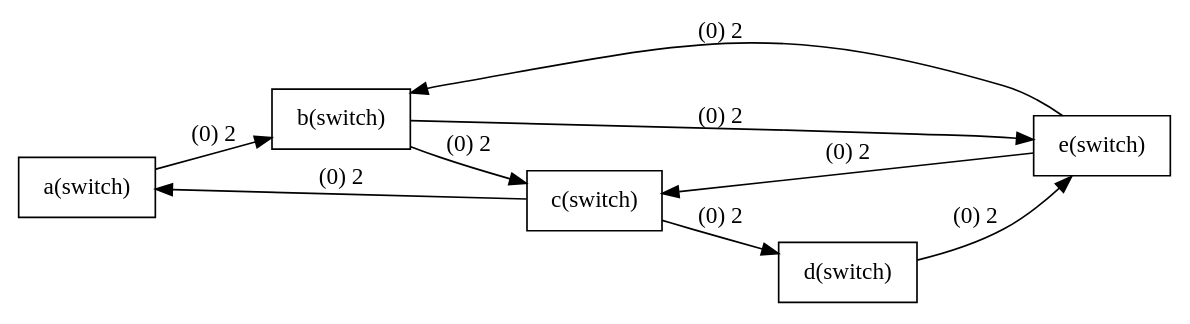
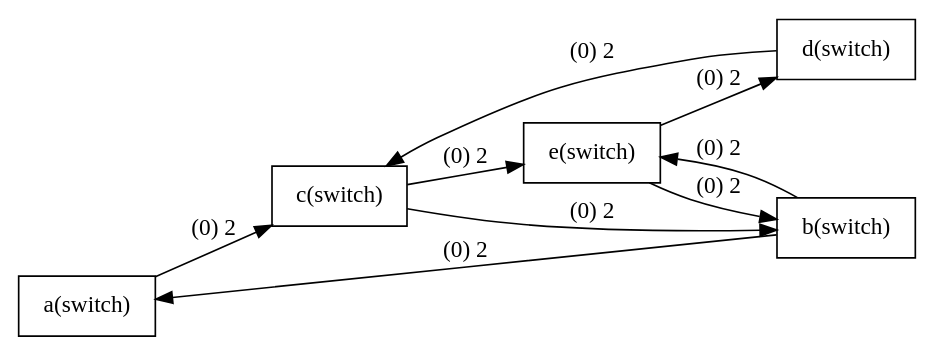
One commit to nskysd/2019-spring-gt changed the diagram in Euler_Path.dot. Above: the diagram before and after it, drawn with Graphviz.

```diff
--- a/Euler_Path.dot
+++ b/Euler_Path.dot
@@ -1,30 +1,30 @@
 digraph G{
 rankdir=LR;
 node [shape=record];
 
 a [label="a(switch)"];
-b [label="b(switch)"];
-a->b[label="(0) 2"];
-b [label="b(switch)"];
 c [label="c(switch)"];
-b->c[label="(0) 2"];
+a->c[label="(0) 2"];
 c [label="c(switch)"];
-d [label="d(switch)"];
-c->d[label="(0) 2"];
-d [label="d(switch)"];
 e [label="e(switch)"];
-d->e[label="(0) 2"];
+c->e[label="(0) 2"];
 e [label="e(switch)"];
 b [label="b(switch)"];
 e->b[label="(0) 2"];
 b [label="b(switch)"];
 e [label="e(switch)"];
 b->e[label="(0) 2"];
 e [label="e(switch)"];
+d [label="d(switch)"];
+e->d[label="(0) 2"];
+d [label="d(switch)"];
 c [label="c(switch)"];
-e->c[label="(0) 2"];
+d->c[label="(0) 2"];
 c [label="c(switch)"];
+b [label="b(switch)"];
+c->b[label="(0) 2"];
+b [label="b(switch)"];
 a [label="a(switch)"];
-c->a[label="(0) 2"];
+b->a[label="(0) 2"];
 
 }
```
